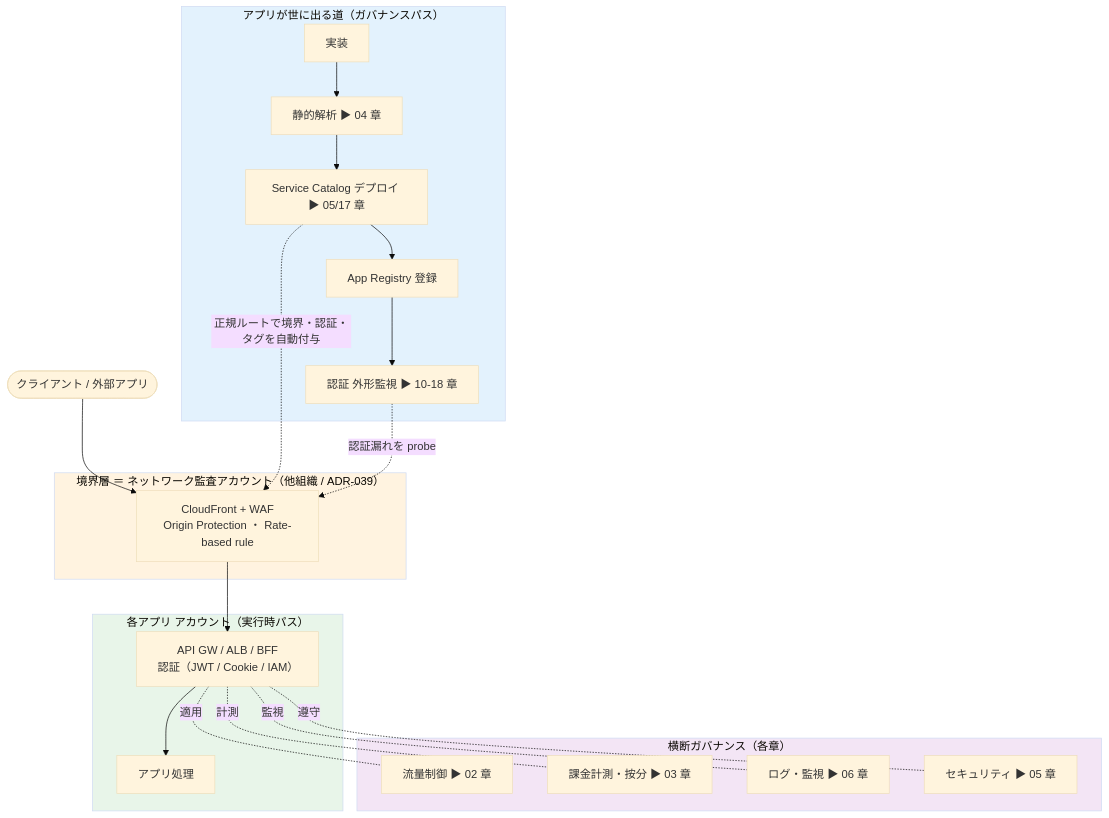
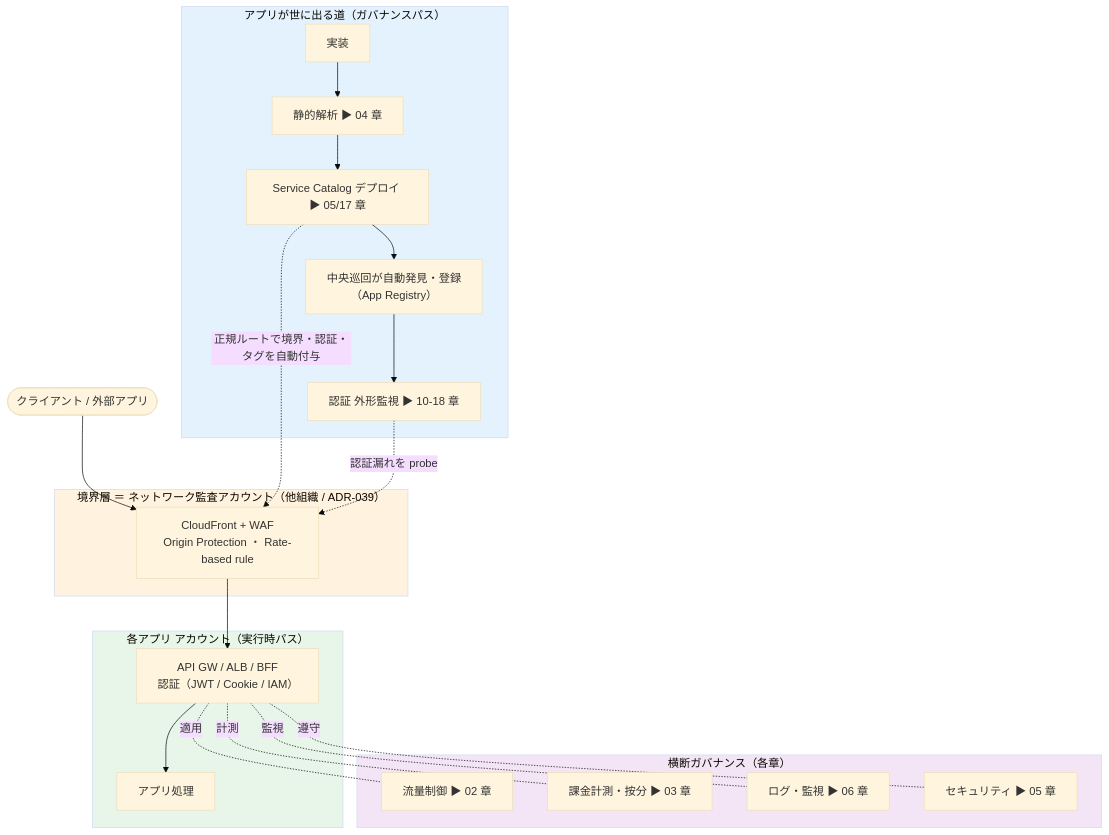
Before and after one commit to suepie/aws-atuh-poc: the first of 3 diagrams in doc/api-platform/basic-design/01-cloud-guidelines-overview.md, drawn with Mermaid (base theme). The commit also changed other lines of this file and 12 other files, not shown here.

````diff
--- a/doc/api-platform/basic-design/01-cloud-guidelines-overview.md
+++ b/doc/api-platform/basic-design/01-cloud-guidelines-overview.md
@@ -15,40 +15,40 @@
 ```mermaid
 flowchart TB
     Client([クライアント / 外部アプリ])
 
     subgraph Edge["境界層 ＝ ネットワーク監査アカウント（他組織 / ADR-039）"]
         CF["CloudFront + WAF<br/>Origin Protection ・ Rate-based rule"]
     end
 
     subgraph AppAcct["各アプリ アカウント（実行時パス）"]
         GW["API GW / ALB / BFF<br/>認証（JWT / Cookie / IAM）"]
         APP["アプリ処理"]
     end
 
     subgraph Cross["横断ガバナンス（各章）"]
         RL["流量制御 ▶ 02 章"]
         BL["課金計測・按分 ▶ 03 章"]
         OBS["ログ・監視 ▶ 06 章"]
         SEC["セキュリティ ▶ 05 章"]
     end
 
     subgraph Gov["アプリが世に出る道（ガバナンスパス）"]
         DEV["実装"] --> SA["静的解析 ▶ 04 章"]
         SA --> SC["Service Catalog デプロイ ▶ 05/17 章"]
-        SC --> REG["App Registry 登録"]
+        SC --> REG["中央巡回が自動発見・登録<br/>（App Registry）"]
         REG --> MON["認証 外形監視 ▶ 10-18 章"]
     end
 
     Client --> CF --> GW --> APP
     GW -. 適用 .- RL
     GW -. 計測 .- BL
     GW -. 監視 .- OBS
     GW -. 遵守 .- SEC
     SC -.->|正規ルートで境界・認証・タグを自動付与| CF
     MON -.->|認証漏れを probe| CF
 
     style Edge fill:#fff3e0
     style AppAcct fill:#e8f5e9
     style Cross fill:#f3e5f5
     style Gov fill:#e3f2fd
 ```
````
